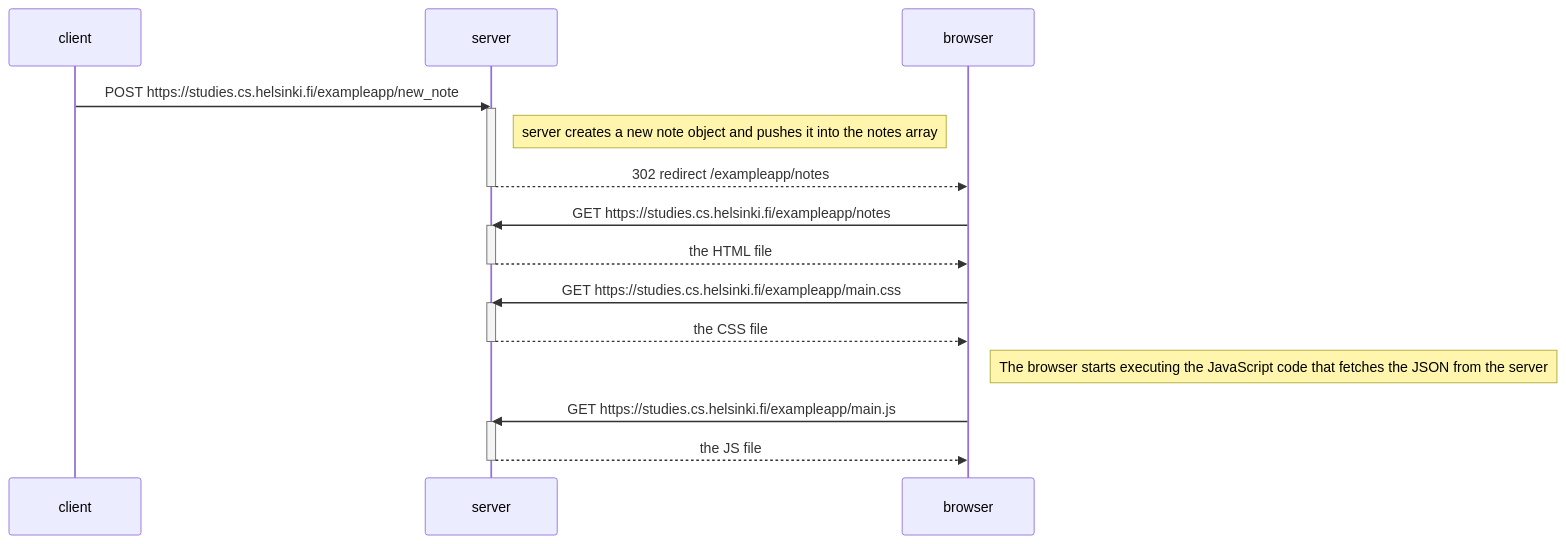
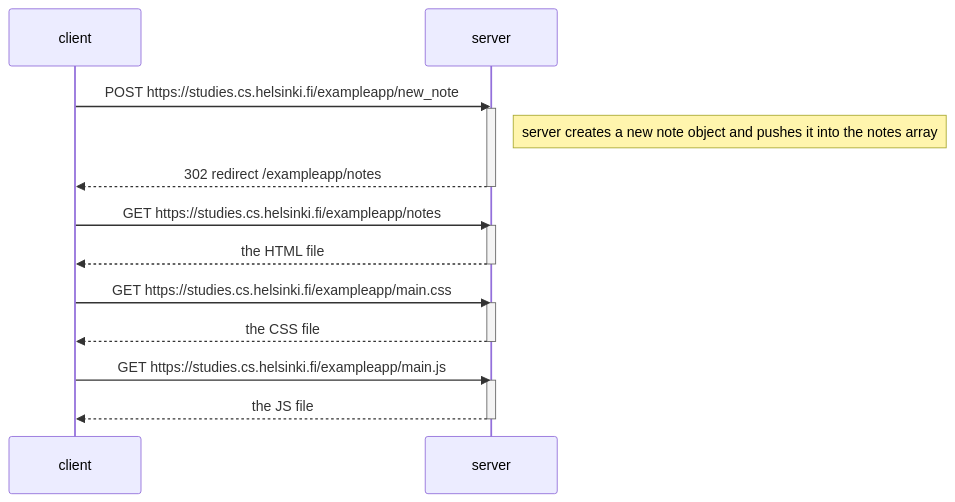
Before and after one commit to codenamecat/fullstackopen-course: the diagram in part0-exercises/exercise0.4.md, drawn with Mermaid.

````diff
--- a/part0-exercises/exercise0.4.md
+++ b/part0-exercises/exercise0.4.md
@@ -7,28 +7,26 @@
 ```mermaid
     sequenceDiagram
         participant client
         participant server
         
         client->>server: POST https://studies.cs.helsinki.fi/exampleapp/new_note
         activate server
         Note right of server: server creates a new note object and pushes it into the notes array
-        server-->>browser: 302 redirect /exampleapp/notes
+        server-->>client: 302 redirect /exampleapp/notes
         deactivate server
         
-        browser->>server: GET https://studies.cs.helsinki.fi/exampleapp/notes
+        client->>server: GET https://studies.cs.helsinki.fi/exampleapp/notes
         activate server
-        server-->>browser: the HTML file
+        server-->>client: the HTML file
         deactivate server
         
-        browser->>server: GET https://studies.cs.helsinki.fi/exampleapp/main.css
+        client->>server: GET https://studies.cs.helsinki.fi/exampleapp/main.css
         activate server
-        server-->>browser: the CSS file
+        server-->>client: the CSS file
         deactivate server
         
-        Note right of browser: The browser starts executing the JavaScript code that fetches the JSON from the server
-        
-        browser->>server: GET https://studies.cs.helsinki.fi/exampleapp/main.js
+        client->>server: GET https://studies.cs.helsinki.fi/exampleapp/main.js
         activate server
-        server-->>browser: the JS file
+        server-->>client: the JS file
         deactivate server    
 ```
````
